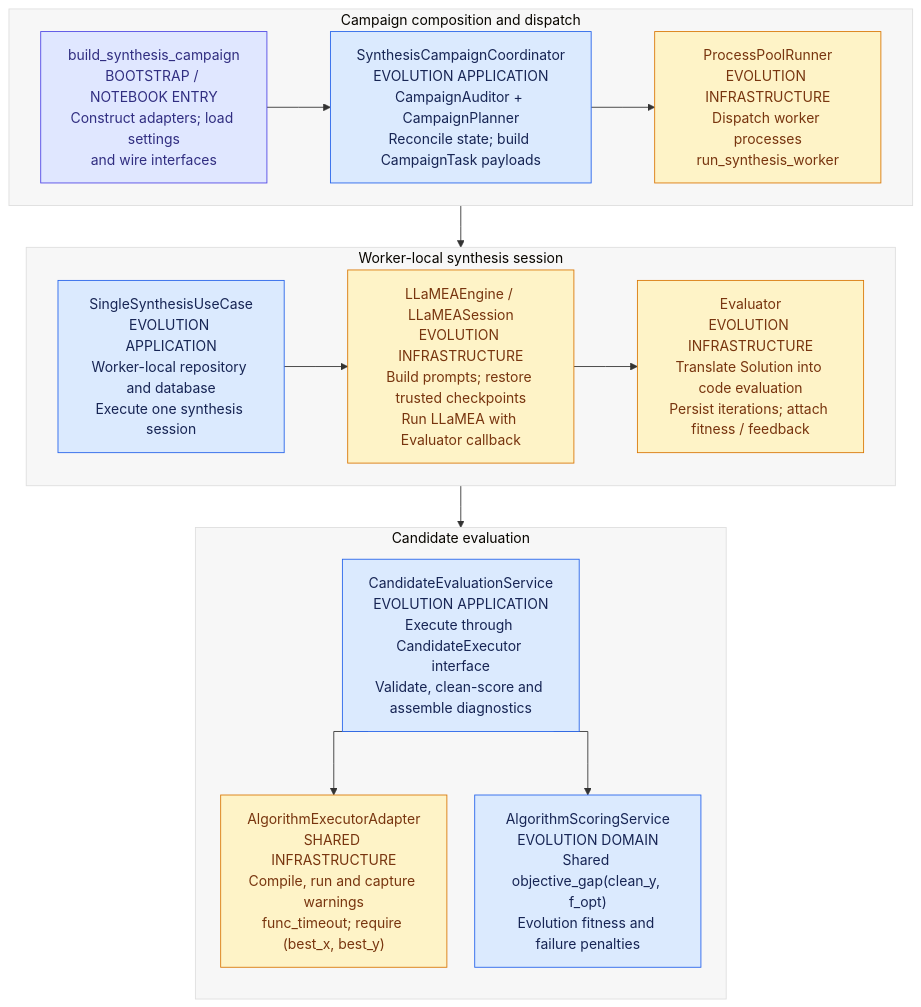
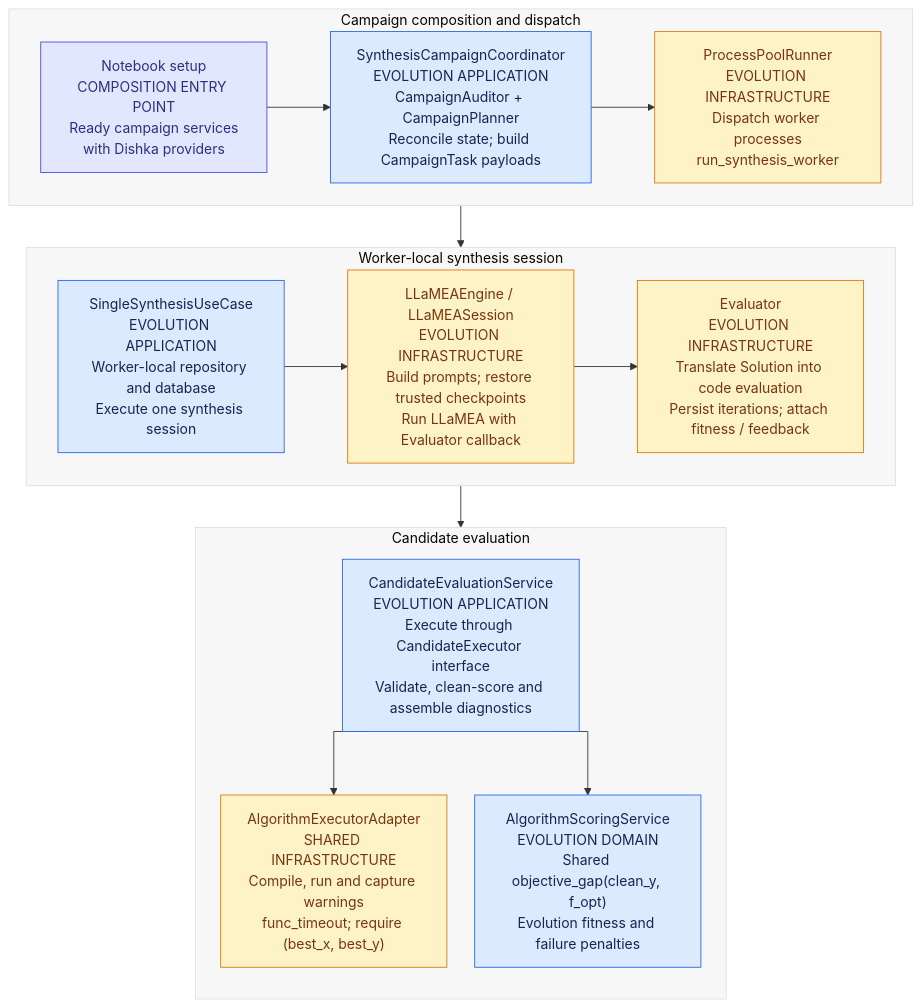
One commit to Nicola-Ibrahim/AAD_LLM changed the first of 2 diagrams in docs/architecture/system_architecture.md. Above: the diagram before and after it, drawn with Mermaid. The commit also changed other lines of this file and 47 other files, not shown here.

````diff
--- a/docs/architecture/system_architecture.md
+++ b/docs/architecture/system_architecture.md
@@ -17,36 +17,36 @@
 ```mermaid
 %%{init: {"theme":"base","themeVariables":{"background":"#f2e6ff","lineColor":"#333333","fontFamily":"Arial, Helvetica, sans-serif","clusterBkg":"#f7f7f7","clusterBorder":"#dedede"},"flowchart":{"curve":"stepAfter","nodeSpacing":32,"rankSpacing":48}}}%%
 flowchart TD
     accTitle: Synthesis collaboration
     accDescr: Campaign composition dispatches worker-local synthesis sessions; LLaMEA delegates candidate evaluation to shared execution and evolution scoring.
     subgraph Campaign["Campaign composition and dispatch"]
         direction LR
-        Bootstrap["build_synthesis_campaign<br/>BOOTSTRAP / NOTEBOOK ENTRY<br/>Construct adapters; load settings<br/>and wire interfaces"]
+        Bootstrap["Notebook setup<br/>COMPOSITION ENTRY POINT<br/>Ready campaign services<br/>with Dishka providers"]
         Coordinator["SynthesisCampaignCoordinator<br/>EVOLUTION APPLICATION<br/>CampaignAuditor + CampaignPlanner<br/>Reconcile state; build CampaignTask payloads"]
         Dispatcher["ProcessPoolRunner<br/>EVOLUTION INFRASTRUCTURE<br/>Dispatch worker processes<br/>run_synthesis_worker"]
         Bootstrap --> Coordinator --> Dispatcher
     end
     subgraph Session["Worker-local synthesis session"]
         direction LR
         UseCase["SingleSynthesisUseCase<br/>EVOLUTION APPLICATION<br/>Worker-local repository and database<br/>Execute one synthesis session"]
         Engine["LLaMEAEngine / LLaMEASession<br/>EVOLUTION INFRASTRUCTURE<br/>Build prompts; restore trusted checkpoints<br/>Run LLaMEA with Evaluator callback"]
         Evaluator["Evaluator<br/>EVOLUTION INFRASTRUCTURE<br/>Translate Solution into code evaluation<br/>Persist iterations; attach fitness / feedback"]
         UseCase --> Engine --> Evaluator
     end
     subgraph Candidate["Candidate evaluation"]
         direction TB
         Evaluation["CandidateEvaluationService<br/>EVOLUTION APPLICATION<br/>Execute through CandidateExecutor interface<br/>Validate, clean-score and assemble diagnostics"]
         Executor["AlgorithmExecutorAdapter<br/>SHARED INFRASTRUCTURE<br/>Compile, run and capture warnings<br/>func_timeout; require (best_x, best_y)"]
         Scoring["AlgorithmScoringService<br/>EVOLUTION DOMAIN<br/>Shared objective_gap(clean_y, f_opt)<br/>Evolution fitness and failure penalties"]
         Evaluation --> Executor
         Evaluation --> Scoring
     end
     Dispatcher --> UseCase
     Evaluator --> Evaluation
     classDef application fill:#dbeafe,stroke:#2563eb,color:#172554;
     classDef infrastructure fill:#fef3c7,stroke:#d97706,color:#78350f;
     classDef composition fill:#e0e7ff,stroke:#4f46e5,color:#312e81;
     class Bootstrap composition;
     class Coordinator,UseCase,Evaluation,Scoring application;
     class Dispatcher,Engine,Evaluator,Executor infrastructure;
 ```
````
